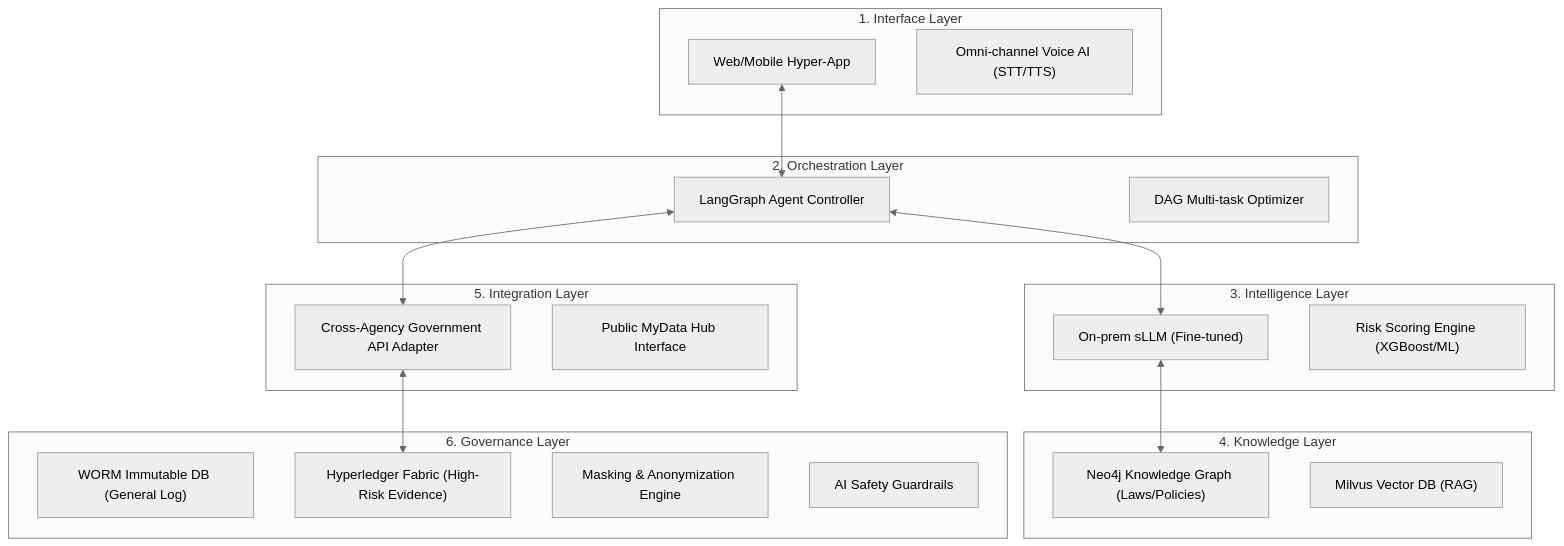
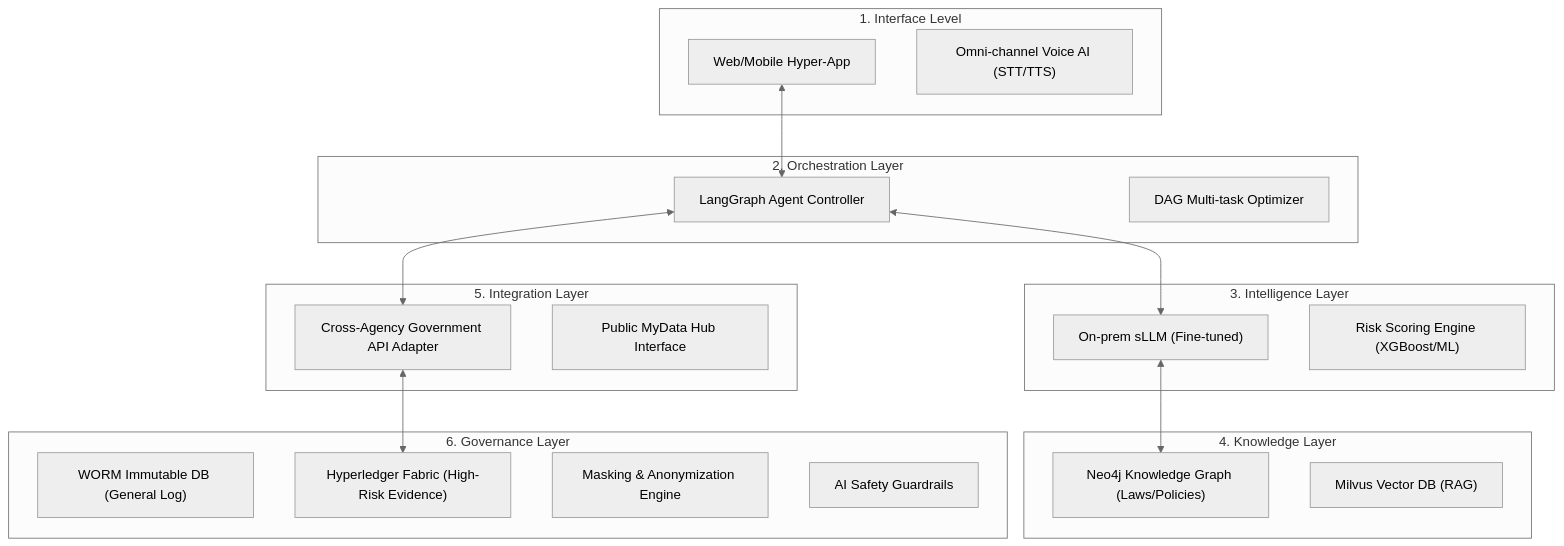
One commit to SxxMWolf/minwonAI changed the second of 7 diagrams in final_comprehensive_proposal.md. Above: the diagram before and after it, drawn with Mermaid (neutral theme). The commit also changed other lines of this file, not shown here.

````diff
--- a/final_comprehensive_proposal.md
+++ b/final_comprehensive_proposal.md
@@ -287,35 +295,35 @@
 ```mermaid
 graph TD
-    subgraph "1. Interface Layer"
+    subgraph "1. Interface Level"
         UI["Web/Mobile Hyper-App"]
         Voice["Omni-channel Voice AI (STT/TTS)"]
     end
     subgraph "2. Orchestration Layer"
         Agent["LangGraph Agent Controller"]
         Scenario["DAG Multi-task Optimizer"]
     end
     subgraph "3. Intelligence Layer"
         LLM["On-prem sLLM (Fine-tuned)"]
         Risk["Risk Scoring Engine (XGBoost/ML)"]
     end
     subgraph "4. Knowledge Layer"
         KG["Neo4j Knowledge Graph (Laws/Policies)"]
         Vector["Milvus Vector DB (RAG)"]
     end
     subgraph "5. Integration Layer"
         Adapter["Cross-Agency Government API Adapter"]
         MyData["Public MyData Hub Interface"]
     end
     subgraph "6. Governance Layer"
         WORM["WORM Immutable DB (General Log)"]
         Blockchain["Hyperledger Fabric (High-Risk Evidence)"]
         Privacy["Masking & Anonymization Engine"]
         Safety["AI Safety Guardrails"]
     end
     
     UI <--> Agent
     Agent <--> LLM
     LLM <--> KG
     Agent <--> Adapter
     Adapter <--> Blockchain
 ```
````
